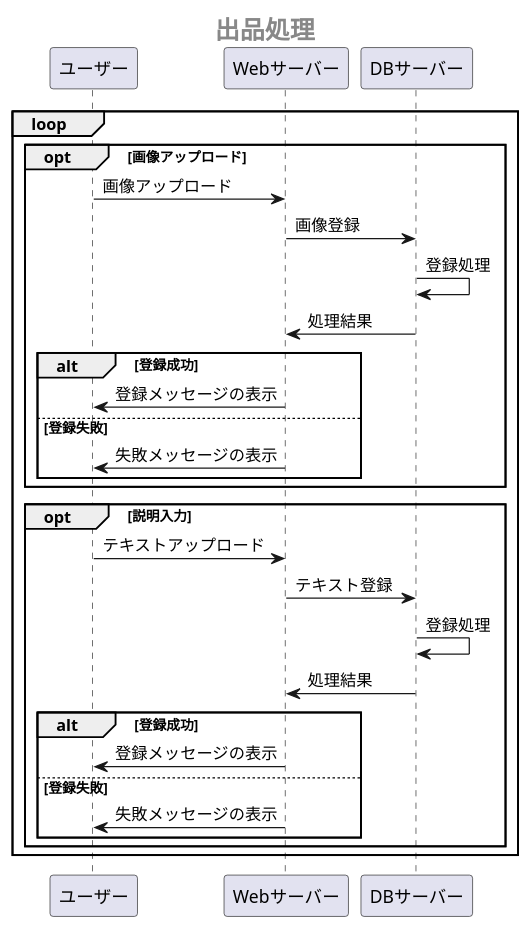
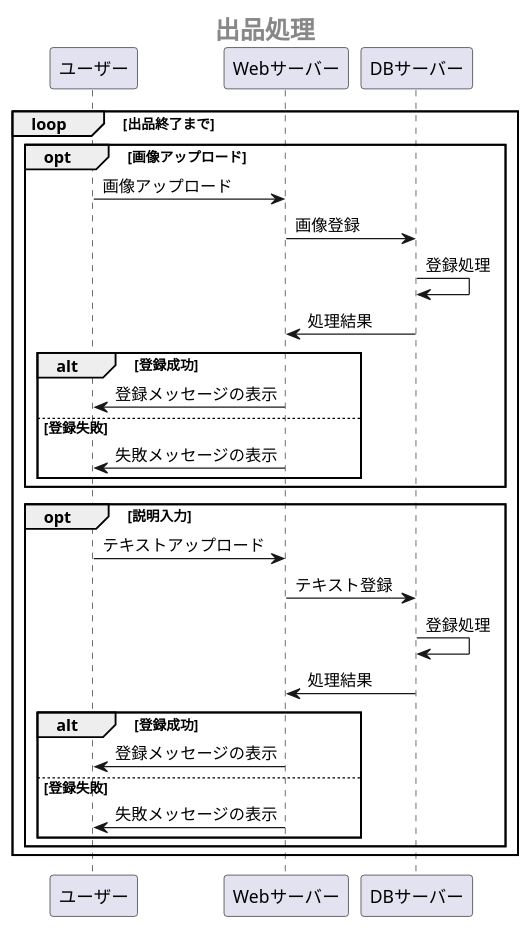
The fifth of 5 diagrams in 業務フロー図.md (Aso2001147/system3), drawn with PlantUML before and after one commit.

````diff
--- a/業務フロー図.md
+++ b/業務フロー図.md
@@ -123,34 +123,36 @@
 ```uml
 @startuml
  center header <size:20><b>出品処理</b></size>
- loop
+ loop 出品終了まで
  
   opt 画像アップロード
     ユーザー -> Webサーバー:画像アップロード
     Webサーバー -> DBサーバー:画像登録
     DBサーバー -> DBサーバー:登録処理
     DBサーバー -> Webサーバー:処理結果
 
     alt 登録成功
       Webサーバー ->ユーザー:登録メッセージの表示
     else 登録失敗
       Webサーバー ->ユーザー:失敗メッセージの表示
     end
    end
 
    opt 説明入力
     ユーザー -> Webサーバー:テキストアップロード
     Webサーバー -> DBサーバー:テキスト登録
     DBサーバー -> DBサーバー:登録処理
     DBサーバー -> Webサーバー:処理結果
 
     alt 登録成功
       Webサーバー ->ユーザー:登録メッセージの表示
     else 登録失敗
       Webサーバー ->ユーザー:失敗メッセージの表示
     end
    end
+   
+   
   
   end
 @enduml
 ```
````
